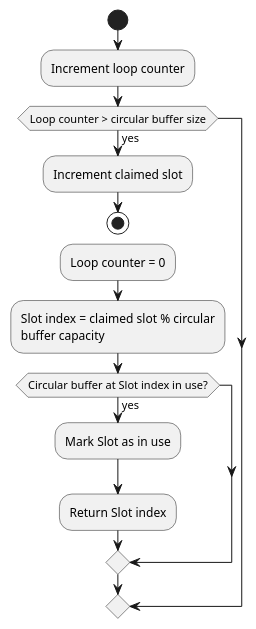
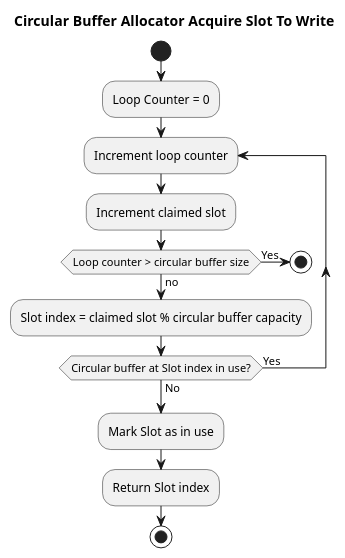
One commit to eclipse-score/inc_mw_log changed the diagram in design/circular_buffer_allocator_acquireslottowrite.puml. Above: the diagram before and after it, drawn with PlantUML. The commit also changed 8 other files, not shown here.

Commit message:
Fixing some diagrams

```diff
--- a/design/circular_buffer_allocator_acquireslottowrite.puml
+++ b/design/circular_buffer_allocator_acquireslottowrite.puml
@@ -1,13 +1,16 @@
 @startuml
+title Circular Buffer Allocator Acquire Slot To Write
 start
-:Increment loop counter;
-if (Loop counter > circular buffer size) then (yes)
-:Increment claimed slot;
-stop
-:Loop counter = 0;
-:Slot index = claimed slot % circular
-buffer capacity;
-if (Circular buffer at Slot index in use?) then (yes)
+:Loop Counter = 0;
+repeat :Increment loop counter;
+    :Increment claimed slot;
+    if (Loop counter > circular buffer size) then (Yes)
+        stop
+    else (no)
+        :Slot index = claimed slot % circular buffer capacity;
+    endif
+repeat while (Circular buffer at Slot index in use?) is (Yes) not (No);
 :Mark Slot as in use;
 :Return Slot index;
+stop
 @enduml
```
